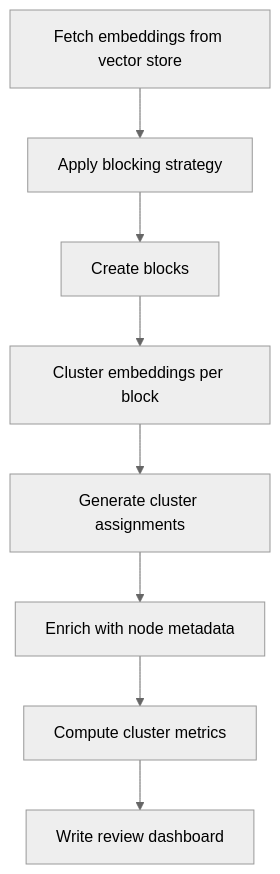
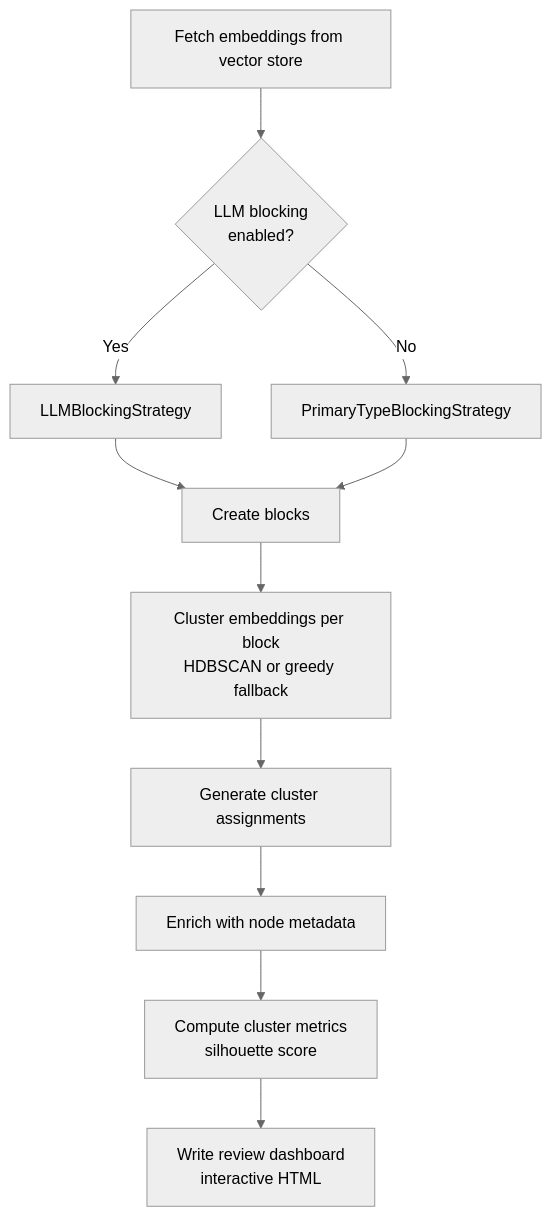
One commit to quyen20345/KGsAuto changed the seventh of 15 diagrams in services/entity_resolution/README.md. Above: the diagram before and after it, drawn with Mermaid (neutral theme). The commit also changed other lines of this file and 72 other files, not shown here.

````diff
--- a/services/entity_resolution/README.md
+++ b/services/entity_resolution/README.md
@@ -355,10 +395,13 @@
 ```mermaid
 flowchart TB
-    A[Fetch embeddings from vector store] --> B[Apply blocking strategy]
-    B --> C[Create blocks]
-    C --> D[Cluster embeddings per block]
-    D --> E[Generate cluster assignments]
-    E --> F[Enrich with node metadata]
-    F --> G[Compute cluster metrics]
-    G --> H[Write review dashboard]
+    A[Fetch embeddings from vector store] --> B{LLM blocking<br/>enabled?}
+    B -->|Yes| C[LLMBlockingStrategy]
+    B -->|No| D[PrimaryTypeBlockingStrategy]
+    C --> E[Create blocks]
+    D --> E
+    E --> F[Cluster embeddings per block<br/>HDBSCAN or greedy fallback]
+    F --> G[Generate cluster assignments]
+    G --> H[Enrich with node metadata]
+    H --> I[Compute cluster metrics<br/>silhouette score]
+    I --> J[Write review dashboard<br/>interactive HTML]
 ```
````
